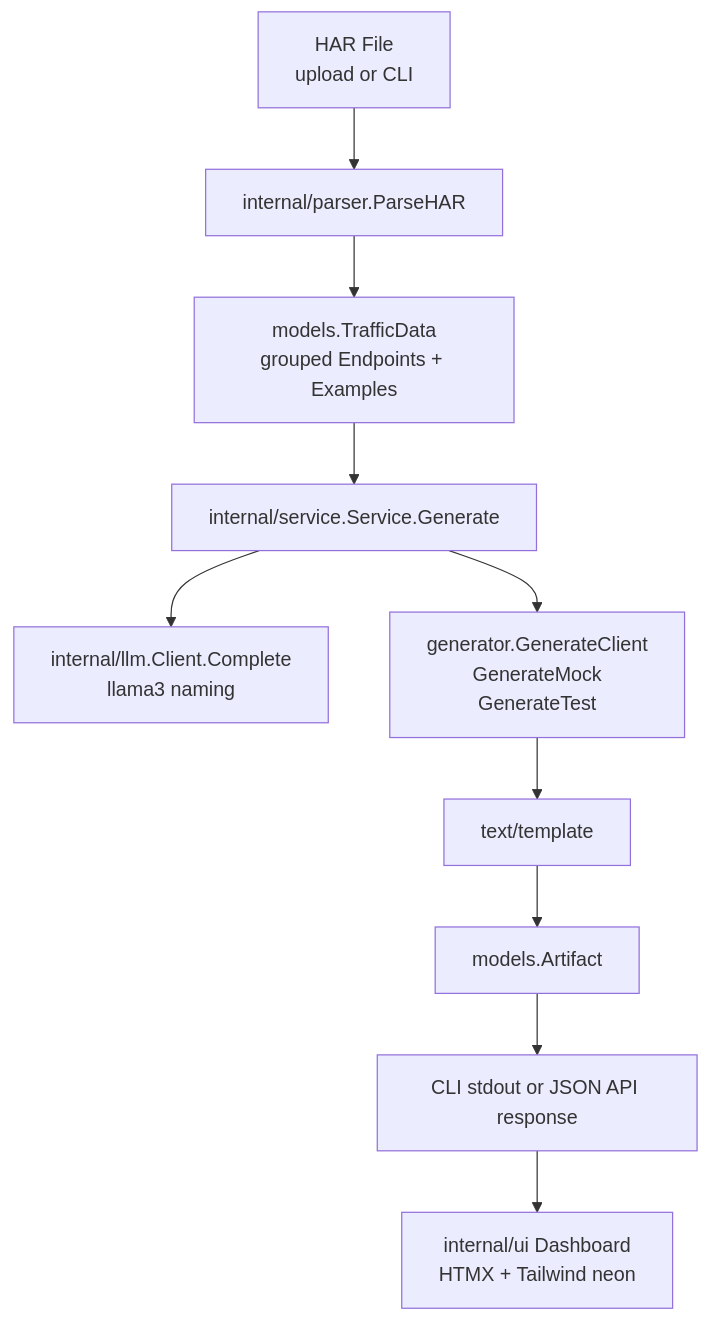
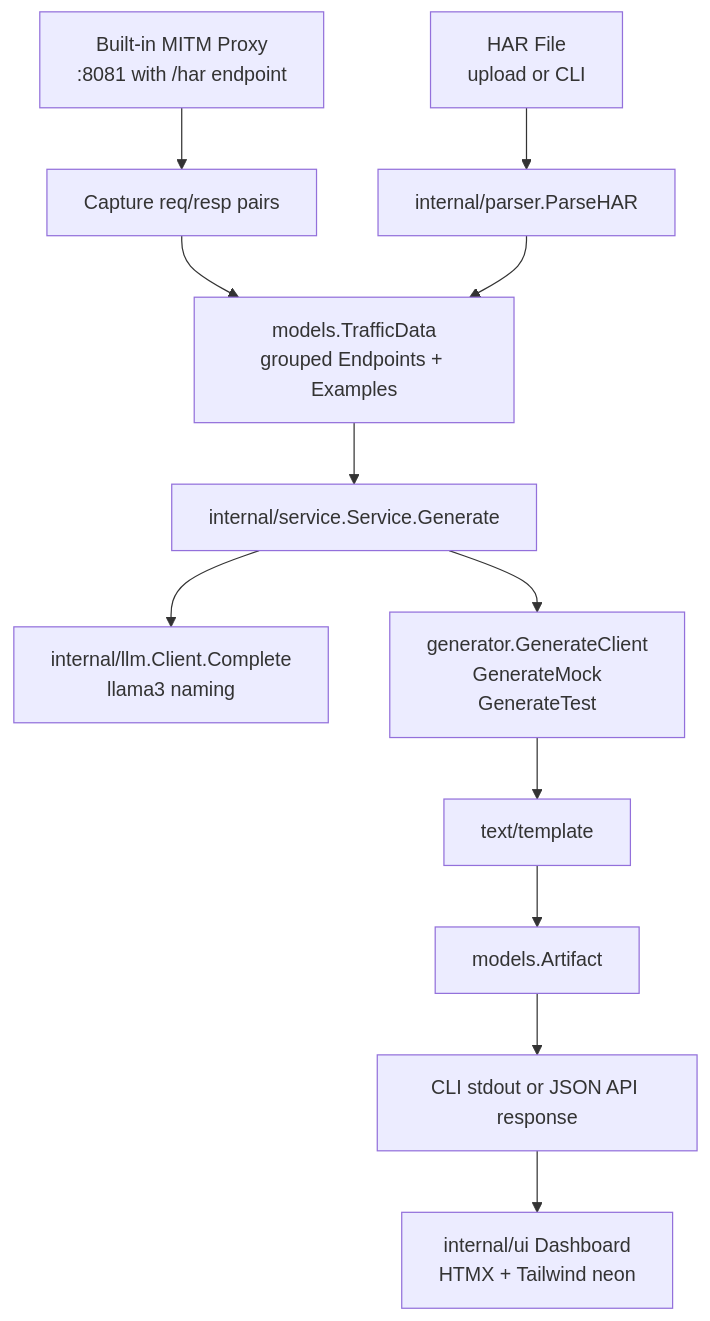
One commit to ajendras/netscribe changed the diagram in README.md. Above: the diagram before and after it, drawn with Mermaid. The commit also changed other lines of this file and 6 other files, not shown here.

Commit message:
feat(proxy): add built-in MITM proxy for live traffic capture

````diff
--- a/README.md
+++ b/README.md
@@ -190,12 +223,14 @@
 ```mermaid
 flowchart TD
+    Proxy[Built-in MITM Proxy<br/>:8081 with /har endpoint] --> Capture[Capture req/resp pairs]
+    Capture --> TD[models.TrafficData<br/>grouped Endpoints + Examples]
     HAR[HAR File<br/>upload or CLI] --> Parser[internal/parser.ParseHAR]
-    Parser --> TD[models.TrafficData<br/>grouped Endpoints + Examples]
+    Parser --> TD
     TD --> Service[internal/service.Service.Generate]
     Service --> LLM[internal/llm.Client.Complete<br/>llama3 naming]
     Service --> Gen[generator.GenerateClient<br/>GenerateMock<br/>GenerateTest]
     Gen --> Templates[text/template]
     Templates --> Artifact[models.Artifact]
     Artifact --> Output[CLI stdout or JSON API response]
     Output --> UI[internal/ui Dashboard<br/>HTMX + Tailwind neon]
 ```
````
